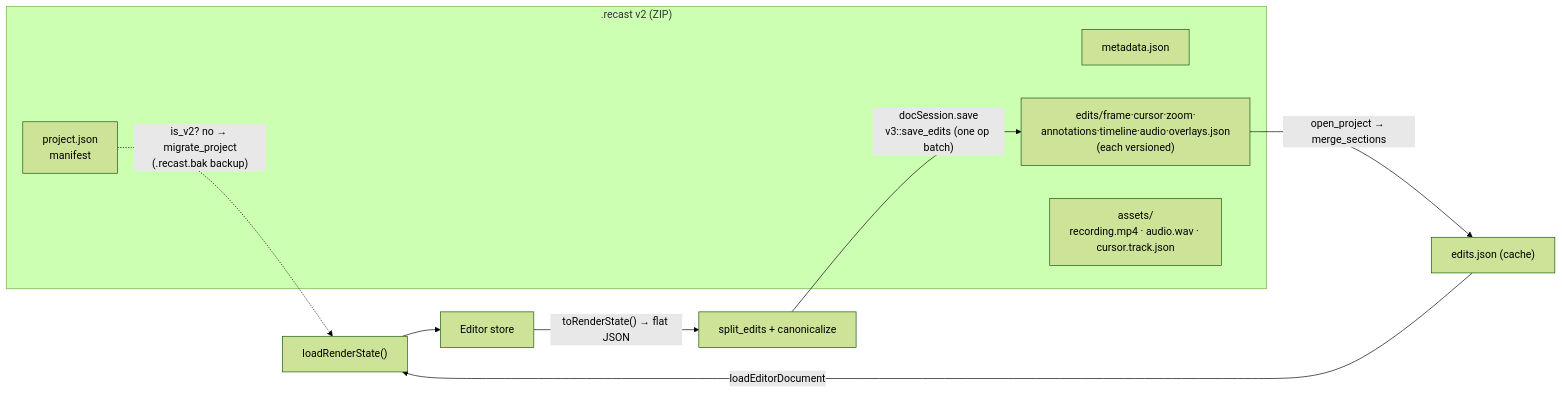
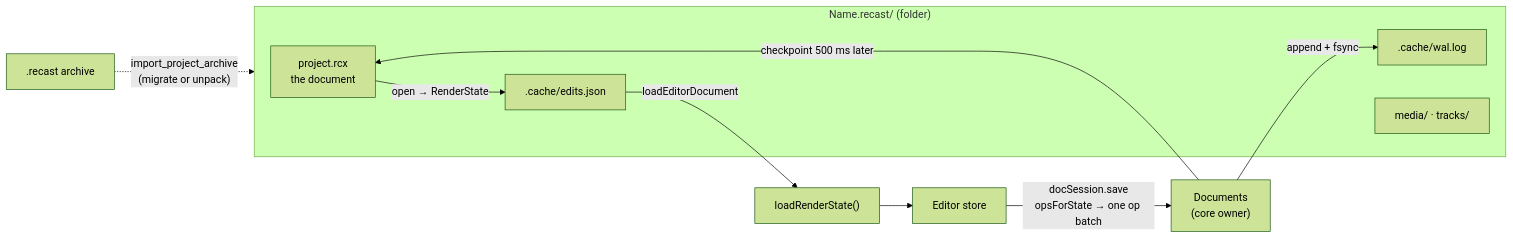
The second of 2 diagrams in apps/web/content/architecture/state-project-format.md (kanakkholwal/recast), drawn with Mermaid (forest theme) before and after one commit. The commit also changed other lines of this file and 8 other files, not shown here.

````diff
--- a/apps/web/content/architecture/state-project-format.md
+++ b/apps/web/content/architecture/state-project-format.md
@@ -81,18 +81,20 @@
 ```mermaid
 flowchart LR
-    subgraph disk[".recast v2 (ZIP)"]
-        man["project.json<br/>manifest"]
-        meta["metadata.json"]
-        sec["edits/frame·cursor·zoom·<br/>annotations·timeline·audio·overlays.json<br/>(each versioned)"]
-        assets["assets/<br/>recording.mp4 · audio.wav · cursor.track.json"]
+    subgraph disk["Name.recast/ (folder)"]
+        rcx["project.rcx<br/>the document"]
+        wal[".cache/wal.log"]
+        media["media/ · tracks/"]
+        cache[".cache/edits.json"]
     end
 
     store["Editor store"]
+    owner["Documents<br/>(core owner)"]
 
-    store -->|"toRenderState() → flat JSON"| split["split_edits + canonicalize"]
-    split -->|"docSession.save<br/>v3::save_edits (one op batch)"| sec
-    sec -->|"open_project → merge_sections"| merged["edits.json (cache)"]
-    merged -->|"loadEditorDocument"| load["loadRenderState()"]
+    store -->|"docSession.save<br/>opsForState → one op batch"| owner
+    owner -->|"append + fsync"| wal
+    owner -->|"checkpoint 500 ms later"| rcx
+    rcx -->|"open → RenderState"| cache
+    cache -->|"loadEditorDocument"| load["loadRenderState()"]
     load --> store
-    man -. "is_v2? no → migrate_project<br/>(.recast.bak backup)" .-> load
+    archive[".recast archive"] -. "import_project_archive<br/>(migrate or unpack)" .-> disk
 ```
````
